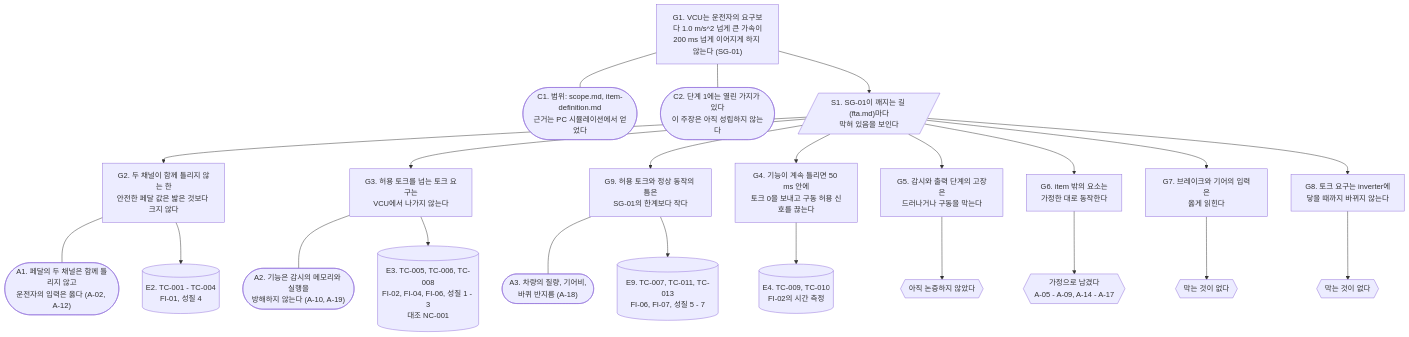
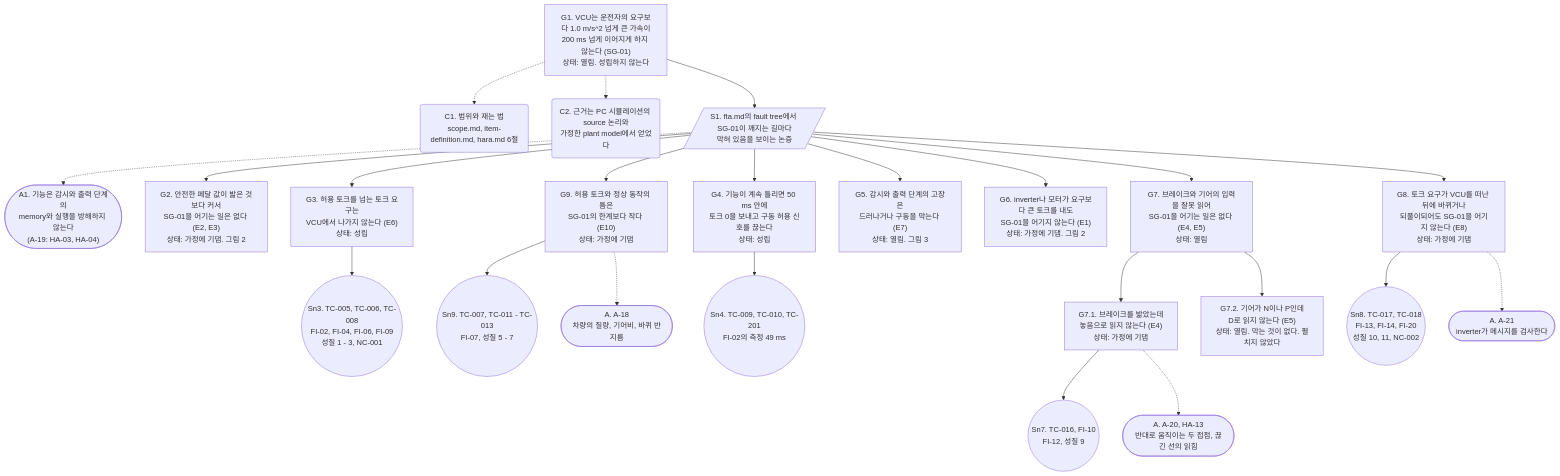
Before and after one commit to danielhongwoo/fusa: the first of 5 diagrams in example/drive-torque/docs/safety-case.md, drawn with Mermaid. The commit also changed other lines of this file and 7 other files, not shown here.

````diff
--- a/example/drive-torque/docs/safety-case.md
+++ b/example/drive-torque/docs/safety-case.md
@@ -15,48 +53,48 @@
 ```mermaid
 flowchart TD
-    G1["G1. VCU는 운전자의 요구보다 1.0 m/s^2 넘게 큰 가속이<br/>200 ms 넘게 이어지게 하지 않는다 (SG-01)"]
-    C1(["C1. 범위: scope.md, item-definition.md<br/>근거는 PC 시뮬레이션에서 얻었다"])
-    C2(["C2. 단계 1에는 열린 가지가 있다<br/>이 주장은 아직 성립하지 않는다"])
-    S1[/"S1. SG-01이 깨지는 길 (fta.md)마다<br/>막혀 있음을 보인다"/]
-    G2["G2. 두 채널이 함께 틀리지 않는 한<br/>안전한 페달 값은 밟은 것보다 크지 않다"]
-    G3["G3. 허용 토크를 넘는 토크 요구는<br/>VCU에서 나가지 않는다"]
-    G9["G9. 허용 토크와 정상 동작의 틈은<br/>SG-01의 한계보다 작다"]
-    G4["G4. 기능이 계속 틀리면 50 ms 안에<br/>토크 0을 보내고 구동 허용 신호를 끊는다"]
-    G5["G5. 감시와 출력 단계의 고장은<br/>드러나거나 구동을 막는다"]
-    G6["G6. item 밖의 요소는<br/>가정한 대로 동작한다"]
-    G7["G7. 브레이크와 기어의 입력은<br/>옳게 읽힌다"]
-    G8["G8. 토크 요구는 inverter에<br/>닿을 때까지 바뀌지 않는다"]
-    A1(["A1. 페달의 두 채널은 함께 틀리지 않고<br/>운전자의 입력은 옳다 (A-02, A-12)"])
-    A2(["A2. 기능은 감시의 메모리와 실행을<br/>방해하지 않는다 (A-10, A-19)"])
-    A3(["A3. 차량의 질량, 기어비,<br/>바퀴 반지름 (A-18)"])
-    E2[("E2. TC-001 - TC-004<br/>FI-01, 성질 4")]
-    E3[("E3. TC-005, TC-006, TC-008<br/>FI-02, FI-04, FI-06, 성질 1 - 3<br/>대조 NC-001")]
-    E9[("E9. TC-007, TC-011, TC-013<br/>FI-06, FI-07, 성질 5 - 7")]
-    E4[("E4. TC-009, TC-010<br/>FI-02의 시간 측정")]
-    U5{{"아직 논증하지 않았다"}}
-    U6{{"가정으로 남겼다<br/>A-05 - A-09, A-14 - A-17"}}
-    U7{{"막는 것이 없다"}}
-    U8{{"막는 것이 없다"}}
-    G1 --- C1
-    G1 --- C2
+    G1["G1. VCU는 운전자의 요구보다 1.0 m/s^2 넘게 큰 가속이<br/>200 ms 넘게 이어지게 하지 않는다 (SG-01)<br/>상태: 열림. 성립하지 않는다"]
+    C1("C1. 범위와 재는 법<br/>scope.md, item-definition.md, hara.md 6절")
+    C2("C2. 근거는 PC 시뮬레이션의 source 논리와<br/>가정한 plant model에서 얻었다")
+    S1[/"S1. fta.md의 fault tree에서 SG-01이 깨지는 길마다<br/>막혀 있음을 보이는 논증"/]
+    A1(["A1. 기능은 감시와 출력 단계의<br/>memory와 실행을 방해하지 않는다<br/>(A-19: HA-03, HA-04)"])
+    G2["G2. 안전한 페달 값이 밟은 것보다 커서<br/>SG-01을 어기는 일은 없다 (E2, E3)<br/>상태: 가정에 기댐. 그림 2"]
+    G3["G3. 허용 토크를 넘는 토크 요구는<br/>VCU에서 나가지 않는다 (E6)<br/>상태: 성립"]
+    G9["G9. 허용 토크와 정상 동작의 틈은<br/>SG-01의 한계보다 작다 (E10)<br/>상태: 가정에 기댐"]
+    G4["G4. 기능이 계속 틀리면 50 ms 안에<br/>토크 0을 보내고 구동 허용 신호를 끊는다<br/>상태: 성립"]
+    G5["G5. 감시와 출력 단계의 고장은<br/>드러나거나 구동을 막는다 (E7)<br/>상태: 열림. 그림 3"]
+    G6["G6. inverter나 모터가 요구보다 큰 토크를 내도<br/>SG-01을 어기지 않는다 (E1)<br/>상태: 가정에 기댐. 그림 2"]
+    G7["G7. 브레이크와 기어의 입력을 잘못 읽어<br/>SG-01을 어기는 일은 없다 (E4, E5)<br/>상태: 열림"]
+    G8["G8. 토크 요구가 VCU를 떠난 뒤에 바뀌거나<br/>되풀이되어도 SG-01을 어기지 않는다 (E8)<br/>상태: 가정에 기댐"]
+    G7_1["G7.1. 브레이크를 밟았는데<br/>놓음으로 읽지 않는다 (E4)<br/>상태: 가정에 기댐"]
+    G7_2["G7.2. 기어가 N이나 P인데<br/>D로 읽지 않는다 (E5)<br/>상태: 열림. 막는 것이 없다. 펼치지 않았다"]
+    Sn3(("Sn3. TC-005, TC-006, TC-008<br/>FI-02, FI-04, FI-06, FI-09<br/>성질 1 - 3, NC-001"))
+    Sn9(("Sn9. TC-007, TC-011 - TC-013<br/>FI-07, 성질 5 - 7"))
+    Sn4(("Sn4. TC-009, TC-010, TC-201<br/>FI-02의 측정 49 ms"))
+    Sn7(("Sn7. TC-016, FI-10<br/>FI-12, 성질 9"))
+    Sn8(("Sn8. TC-017, TC-018<br/>FI-13, FI-14, FI-20<br/>성질 10, 11, NC-002"))
+    A9(["A. A-18<br/>차량의 질량, 기어비, 바퀴 반지름"])
+    A7(["A. A-20, HA-13<br/>반대로 움직이는 두 접점, 끊긴 선의 읽힘"])
+    A8(["A. A-21<br/>inverter가 메시지를 검사한다"])
+    G1 -.-> C1
+    G1 -.-> C2
     G1 --> S1
+    S1 -.-> A1
     S1 --> G2
     S1 --> G3
     S1 --> G9
     S1 --> G4
     S1 --> G5
     S1 --> G6
     S1 --> G7
     S1 --> G8
-    G2 --- A1
-    G3 --- A2
-    G9 --- A3
-    G2 --> E2
-    G3 --> E3
-    G9 --> E9
-    G4 --> E4
-    G5 --> U5
-    G6 --> U6
-    G7 --> U7
-    G8 --> U8
+    G3 --> Sn3
+    G9 --> Sn9
+    G9 -.-> A9
+    G4 --> Sn4
+    G7 --> G7_1
+    G7 --> G7_2
+    G7_1 --> Sn7
+    G7_1 -.-> A7
+    G8 --> Sn8
+    G8 -.-> A8
 ```
````
